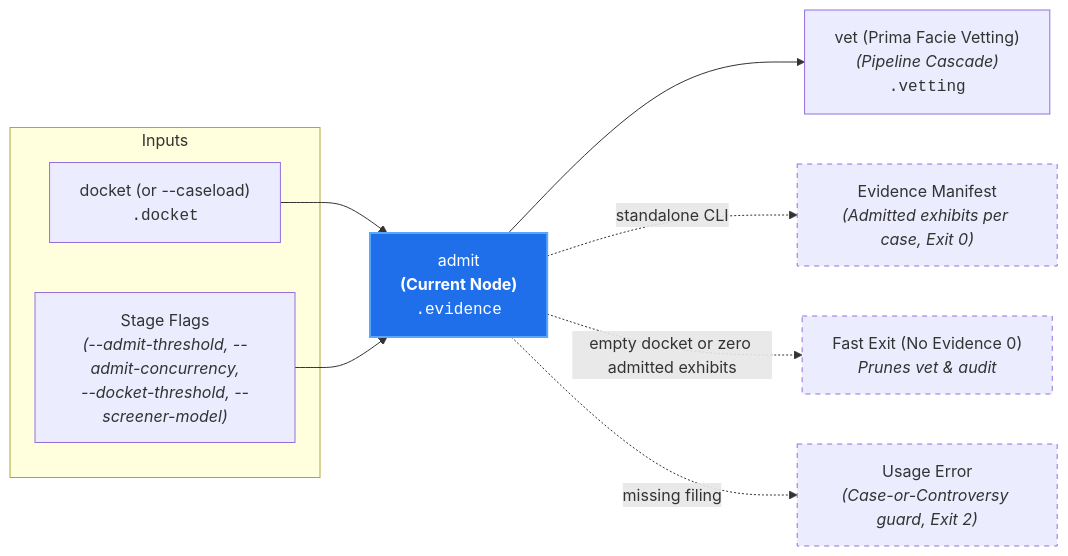
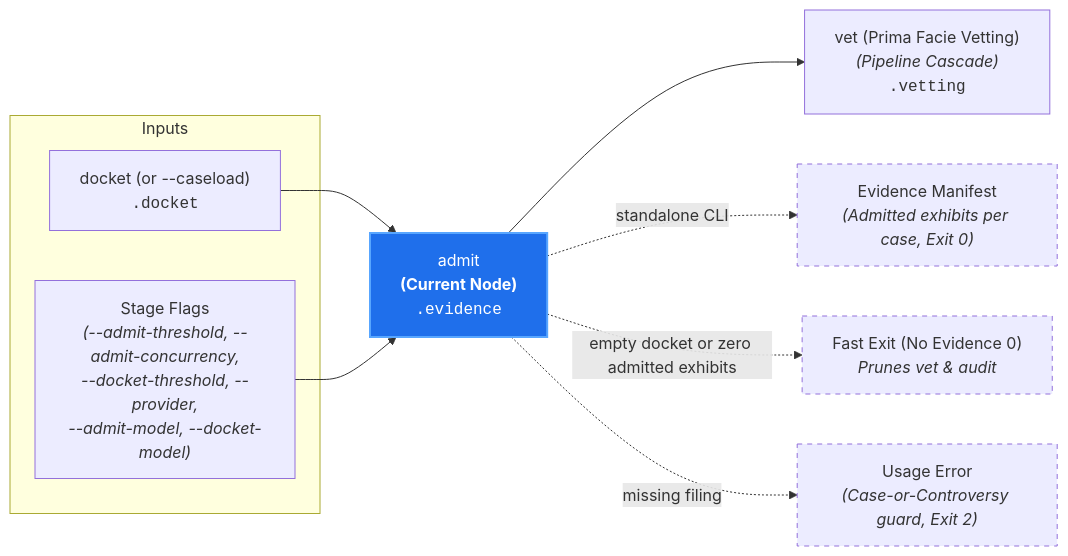
Before and after one commit to PAIR-code/canon-clerk: the diagram in docs/architecture/nodes/admit.md, drawn with Mermaid. The commit also changed other lines of this file and 82 other files, not shown here.

First line of the commit message:
feat(configuration,core,cli)!: replace screener/auditor tiers with provider- and node-cascaded model configuration (#336) (#337)

````diff
--- a/docs/architecture/nodes/admit.md
+++ b/docs/architecture/nodes/admit.md
@@ -22,20 +22,20 @@
 ```mermaid
 flowchart LR
     subgraph Inputs["Inputs"]
         Docket["docket (or --caseload)<br/><code>.docket</code>"]
-        Params["Stage Flags<br/><i>(--admit-threshold, --admit-concurrency,<br/>--docket-threshold, --screener-model)</i>"]
+        Params["Stage Flags<br/><i>(--admit-threshold, --admit-concurrency,<br/>--docket-threshold, --provider,<br/>--admit-model, --docket-model)</i>"]
     end
 
     Docket --> Admit["admit<br/><b>(Current Node)</b><br/><code>.evidence</code>"]
     Params --> Admit
 
     Admit --> Vet["vet (Prima Facie Vetting)<br/><i>(Pipeline Cascade)</i><br/><code>.vetting</code>"]
     Admit -. "standalone CLI" .-> AdmitReport["Evidence Manifest<br/><i>(Admitted exhibits per case, Exit 0)</i>"]
     Admit -. "empty docket or zero admitted exhibits" .-> ZeroExhibits["Fast Exit (No Evidence 0)<br/><i>Prunes vet & audit</i>"]
     Admit -. "missing filing" .-> UsageError["Usage Error<br/><i>(Case-or-Controversy guard, Exit 2)</i>"]
 
     style Admit fill:#1f6feb,stroke:#58a6ff,stroke-width:2px,color:#fff
     style AdmitReport stroke-dasharray: 5 5
     style ZeroExhibits stroke-dasharray: 5 5
     style UsageError stroke-dasharray: 5 5
 ```
````
